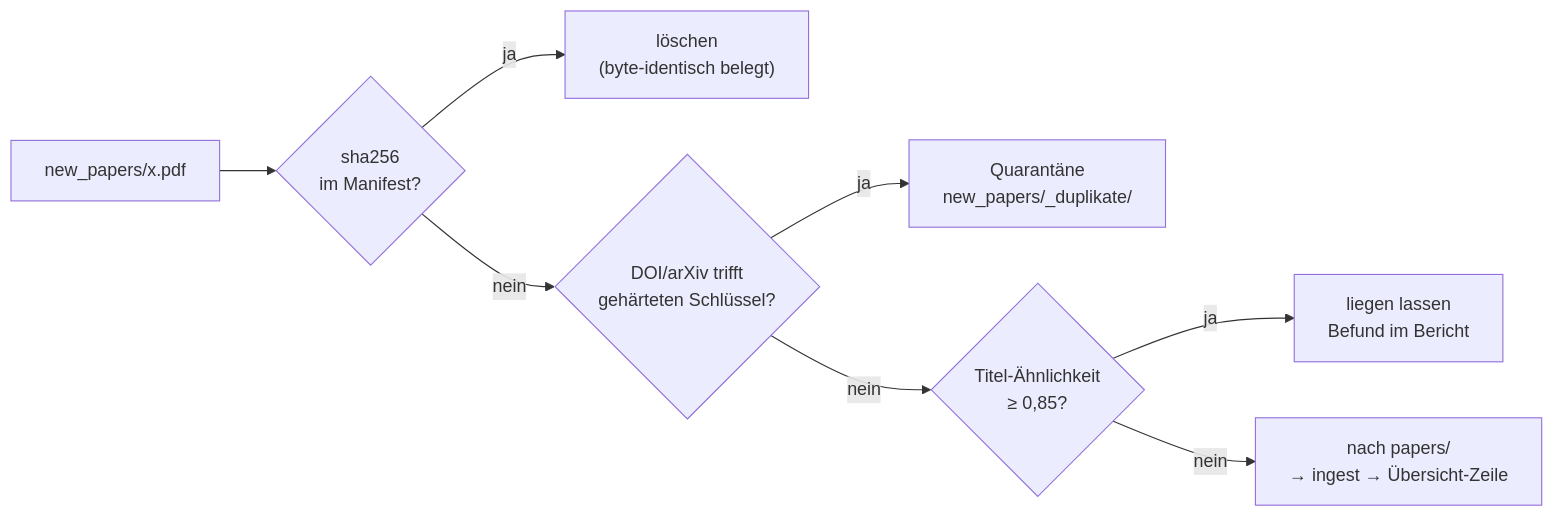
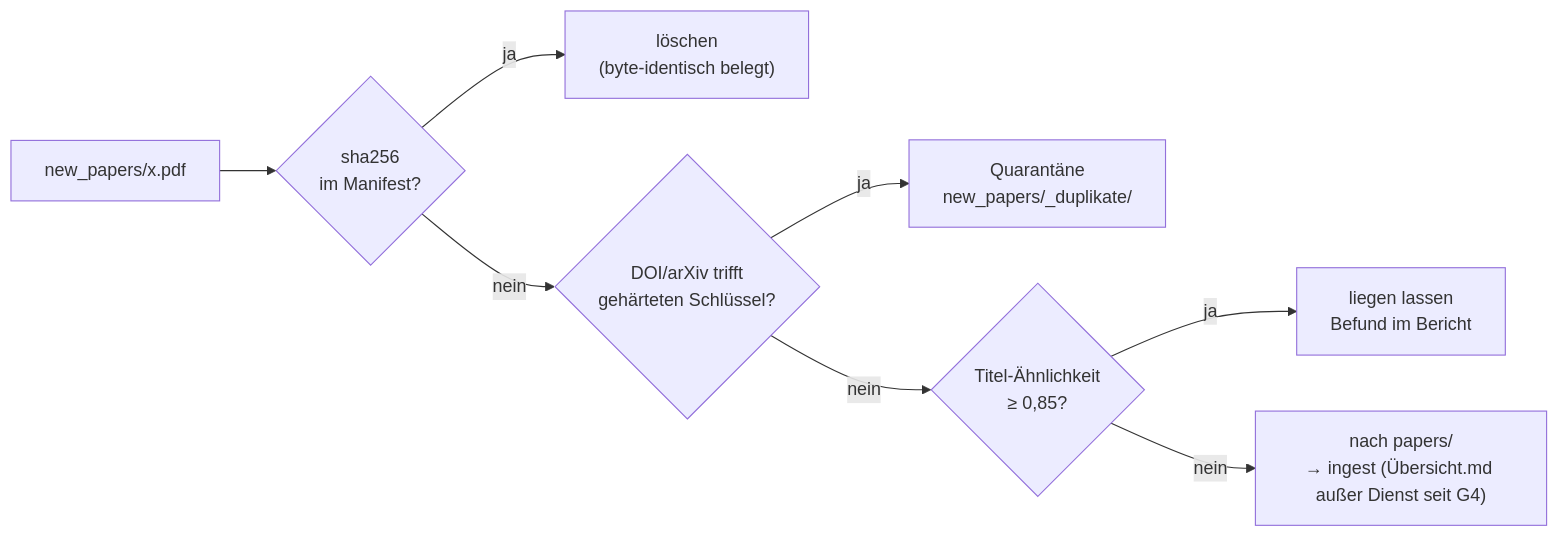
The fourth of 16 diagrams in docs/funktionsweise.md (MomoEngineer/research-graphrag), drawn with Mermaid before and after one commit. The commit also changed other lines of this file and 47 other files, not shown here.

````diff
--- a/docs/funktionsweise.md
+++ b/docs/funktionsweise.md
@@ -115,10 +122,10 @@
 ```mermaid
 flowchart LR
     A["new_papers/x.pdf"] --> S1{"sha256<br/>im Manifest?"}
     S1 -- ja --> D["löschen<br/>(byte-identisch belegt)"]
     S1 -- nein --> S2{"DOI/arXiv trifft<br/>gehärteten Schlüssel?"}
     S2 -- ja --> Q["Quarantäne<br/>new_papers/_duplikate/"]
     S2 -- nein --> S3{"Titel-Ähnlichkeit<br/>≥ 0,85?"}
     S3 -- ja --> K["liegen lassen<br/>Befund im Bericht"]
-    S3 -- nein --> M["nach papers/<br/>→ ingest → Übersicht-Zeile"]
+    S3 -- nein --> M["nach papers/<br/>→ ingest (Übersicht.md außer Dienst seit G4)"]
 ```
````
